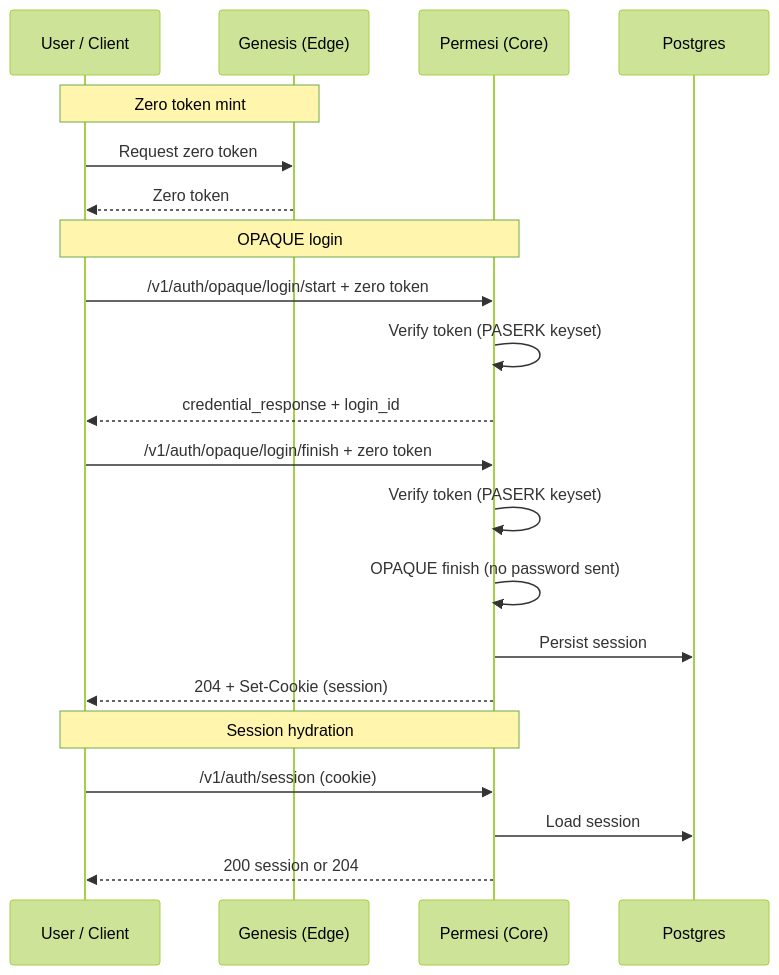
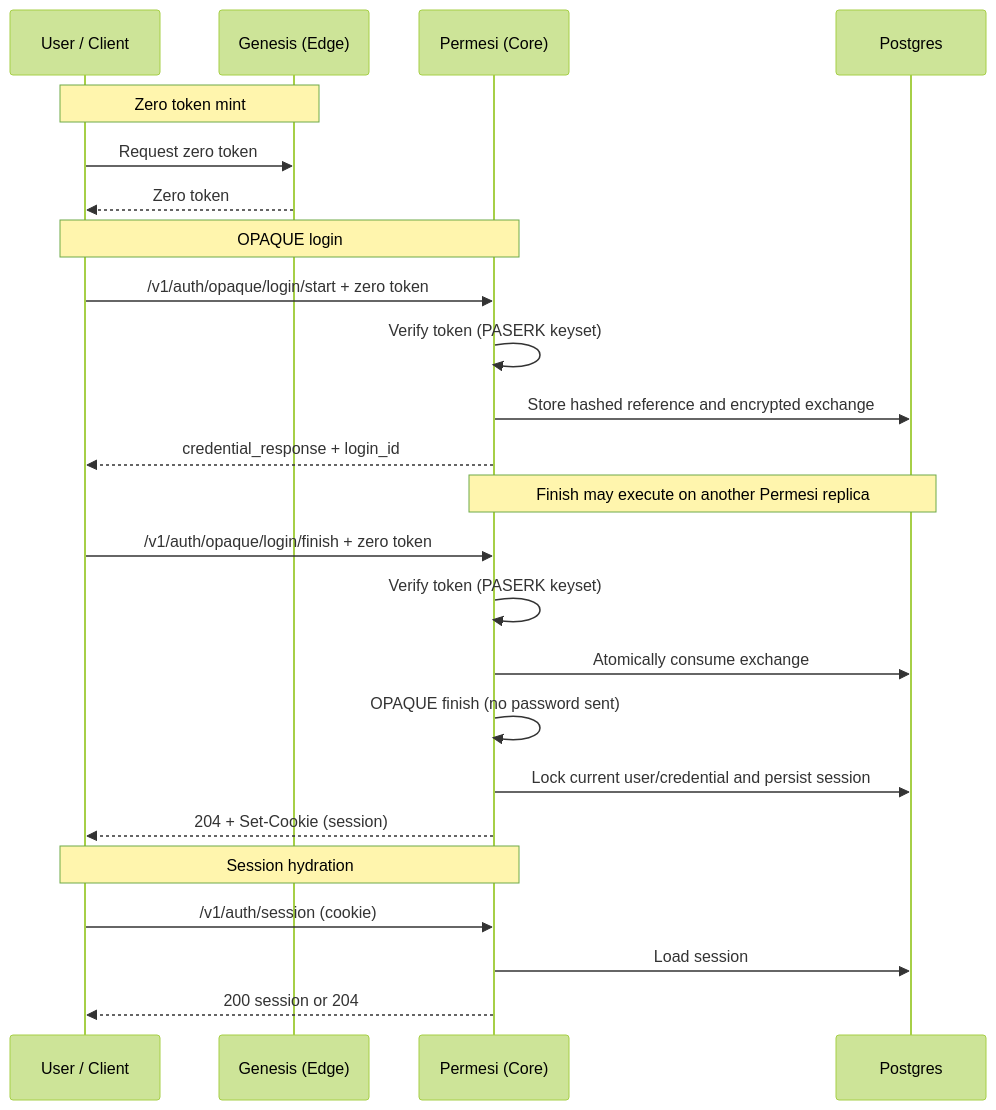
The second of 3 diagrams in README.md (permesi/permesi), drawn with Mermaid (forest theme) before and after one commit. The commit also changed other lines of this file and 32 other files, not shown here.

````diff
--- a/README.md
+++ b/README.md
@@ -322,27 +324,30 @@
 ```mermaid
 sequenceDiagram
     participant U as User / Client
     participant G as Genesis (Edge)
     participant P as Permesi (Core)
     participant DB as Postgres
 
     Note over U, G: Zero token mint
     U->>G: Request zero token
     G-->>U: Zero token
 
     Note over U, P: OPAQUE login
     U->>P: /v1/auth/opaque/login/start + zero token
     P->>P: Verify token (PASERK keyset)
+    P->>DB: Store hashed reference and encrypted exchange
     P-->>U: credential_response + login_id
 
+    Note over P, DB: Finish may execute on another Permesi replica
     U->>P: /v1/auth/opaque/login/finish + zero token
     P->>P: Verify token (PASERK keyset)
+    P->>DB: Atomically consume exchange
     P->>P: OPAQUE finish (no password sent)
-    P->>DB: Persist session
+    P->>DB: Lock current user/credential and persist session
     P-->>U: 204 + Set-Cookie (session)
 
     Note over U, P: Session hydration
     U->>P: /v1/auth/session (cookie)
     P->>DB: Load session
     P-->>U: 200 session or 204
 ```
````
